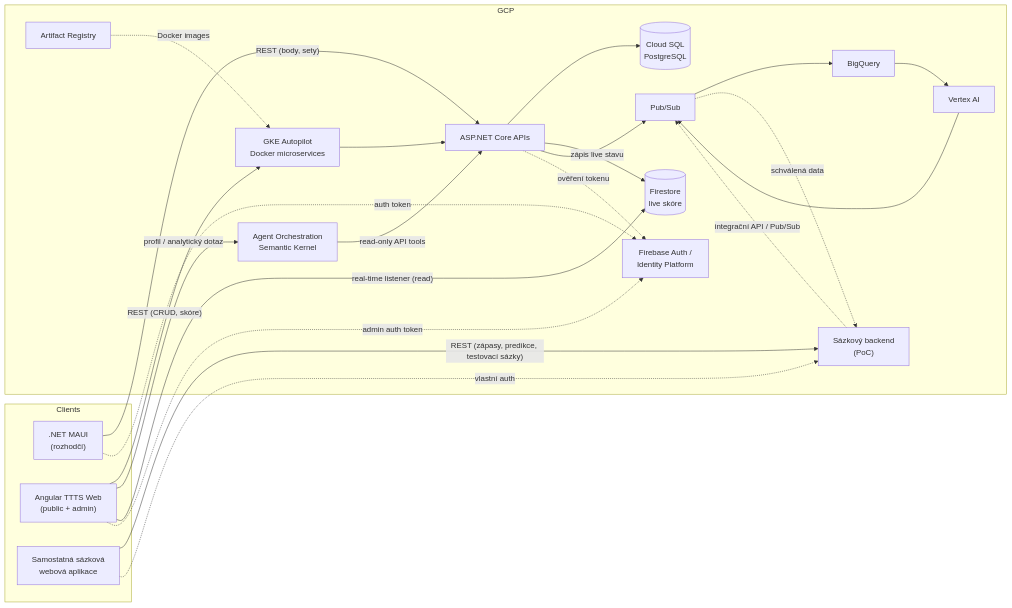
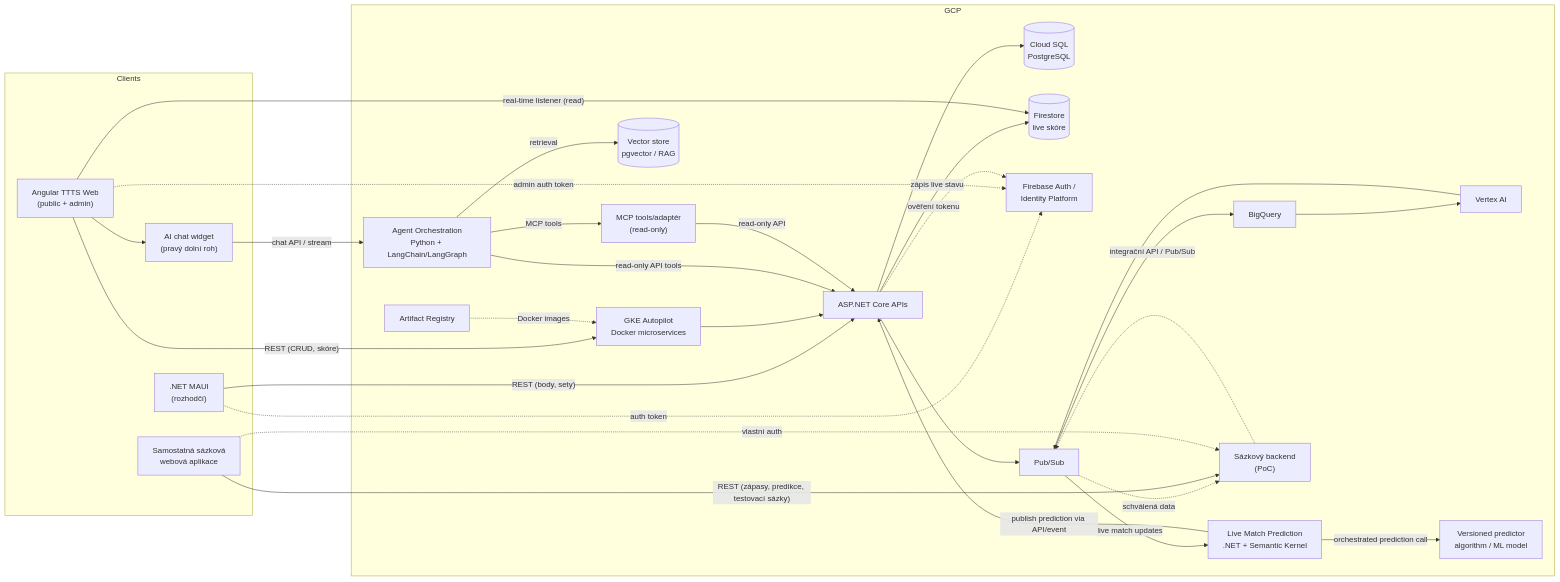
Before and after one commit to MartyJuhy/ttts-poc: the diagram in docs/tech-stack.md, drawn with Mermaid. The commit also changed other lines of this file and 19 other files, not shown here.

````diff
--- a/docs/tech-stack.md
+++ b/docs/tech-stack.md
@@ -151,43 +169,55 @@
 ```mermaid
 flowchart LR
     subgraph Clients
         MobileApp[".NET MAUI\n(rozhodčí)"]
         TTTSWeb["Angular TTTS Web\n(public + admin)"]
+        Chat["AI chat widget\n(pravý dolní roh)"]
         BettingWeb["Samostatná sázková\nwebová aplikace"]
     end
 
     subgraph GCP
         GKE["GKE Autopilot\nDocker microservices"]
         API["ASP.NET Core APIs"]
         SQL[("Cloud SQL\nPostgreSQL")]
         FS[("Firestore\nlive skóre")]
         Auth["Firebase Auth /\nIdentity Platform"]
         Events["Pub/Sub"]
         BQ["BigQuery"]
         Vertex["Vertex AI"]
         Artifact["Artifact Registry"]
-        Agents["Agent Orchestration\nSemantic Kernel"]
+        Agents["Agent Orchestration\nPython + LangChain/LangGraph"]
+        Predictor["Live Match Prediction\n.NET + Semantic Kernel"]
+        Model["Versioned predictor\nalgorithm / ML model"]
+        VectorDB[("Vector store\npgvector / RAG")]
+        MCP["MCP tools/adaptér\n(read-only)"]
         BettingAPI["Sázkový backend\n(PoC)"]
     end
 
     MobileApp -- "REST (body, sety)" --> API
     TTTSWeb -- "REST (CRUD, skóre)" --> GKE
     GKE --> API
     API --> SQL
     API -- "zápis live stavu" --> FS
     API --> Events
     Events --> BQ
     BQ --> Vertex
     Vertex --> Events
-    TTTSWeb -- "profil / analytický dotaz" --> Agents
+    TTTSWeb --> Chat
+    Chat -- "chat API / stream" --> Agents
     Agents -- "read-only API tools" --> API
+    Agents -- "retrieval" --> VectorDB
+    Agents -- "MCP tools" --> MCP
+    MCP -- "read-only API" --> API
+    Events -- "live match updates" --> Predictor
+    Predictor -- "orchestrated prediction call" --> Model
+    Predictor -- "publish prediction via API/event" --> API
     Artifact -. "Docker images" .-> GKE
     Events -. "schválená data" .-> BettingAPI
     BettingWeb -- "REST (zápasy, predikce, testovací sázky)" --> BettingAPI
     BettingAPI -. "integrační API / Pub/Sub" .-> Events
     TTTSWeb -- "real-time listener (read)" --> FS
     MobileApp -. "auth token" .-> Auth
     TTTSWeb -. "admin auth token" .-> Auth
     API -. "ověření tokenu" .-> Auth
     BettingWeb -. "vlastní auth" .-> BettingAPI
 ```
````
